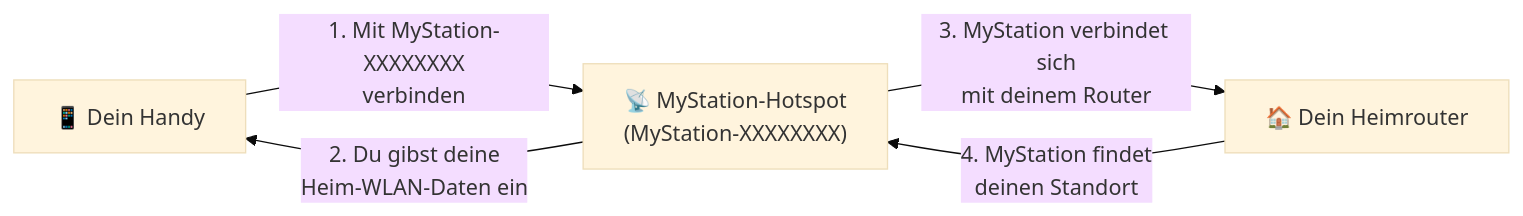
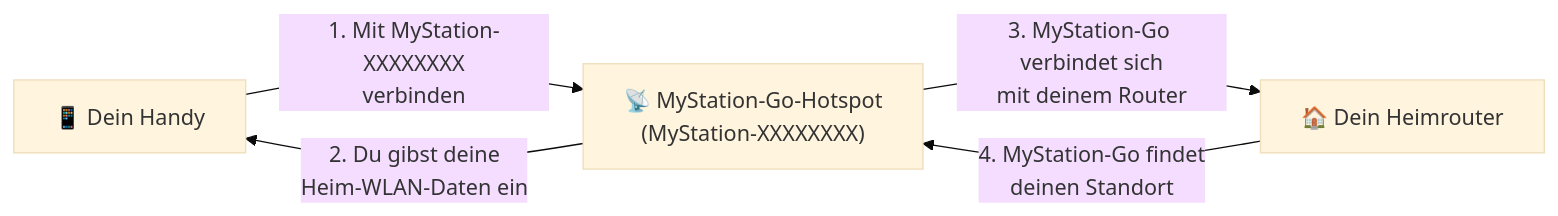
One commit to gogo-boot/mystation-landing changed the first of 3 diagrams in website/i18n/de/docusaurus-plugin-content-docs/current/user-guide/network-setup.md. Above: the diagram before and after it, drawn with Mermaid (base theme). The commit also changed other lines of this file and 15 other files, not shown here.

````diff
--- a/website/i18n/de/docusaurus-plugin-content-docs/current/user-guide/network-setup.md
+++ b/website/i18n/de/docusaurus-plugin-content-docs/current/user-guide/network-setup.md
@@ -29,11 +29,11 @@
 ```mermaid
 graph LR
     Phone["📱 Dein Handy"]
-    AP["📡 MyStation-Hotspot\n(MyStation-XXXXXXXX)"]
+    AP["📡 MyStation-Go-Hotspot\n(MyStation-XXXXXXXX)"]
     Router["🏠 Dein Heimrouter"]
 
     Phone -- " 1. Mit MyStation-XXXXXXXX\nverbinden " --> AP
     AP -- " 2. Du gibst deine\nHeim-WLAN-Daten ein " --> Phone
-    AP -- " 3. MyStation verbindet sich\nmit deinem Router " --> Router
-    Router -- " 4. MyStation findet\ndeinen Standort " --> AP
+    AP -- " 3. MyStation-Go verbindet sich\nmit deinem Router " --> Router
+    Router -- " 4. MyStation-Go findet\ndeinen Standort " --> AP
 ```
````
